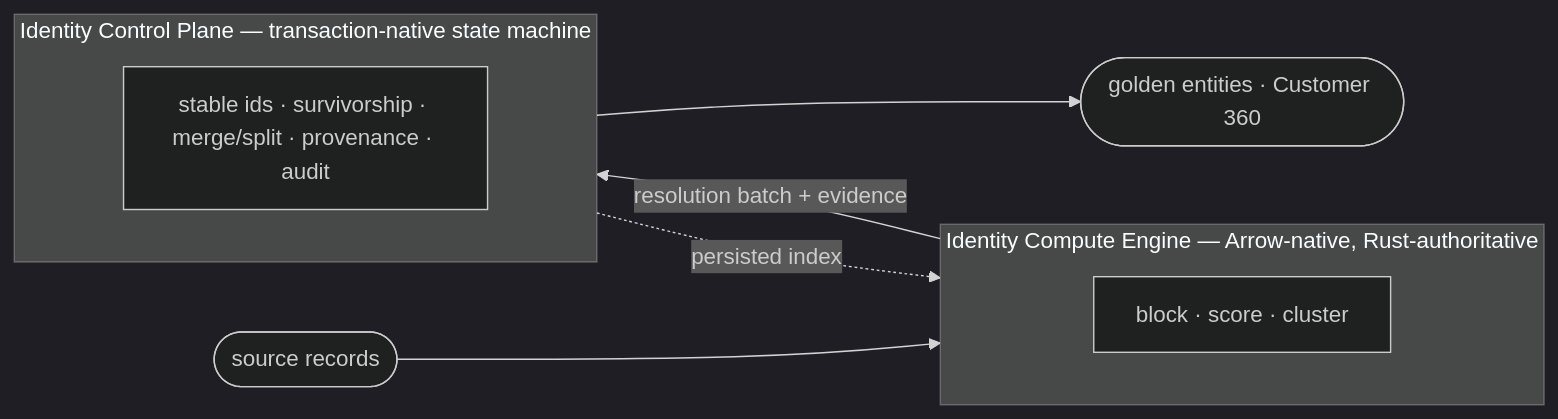
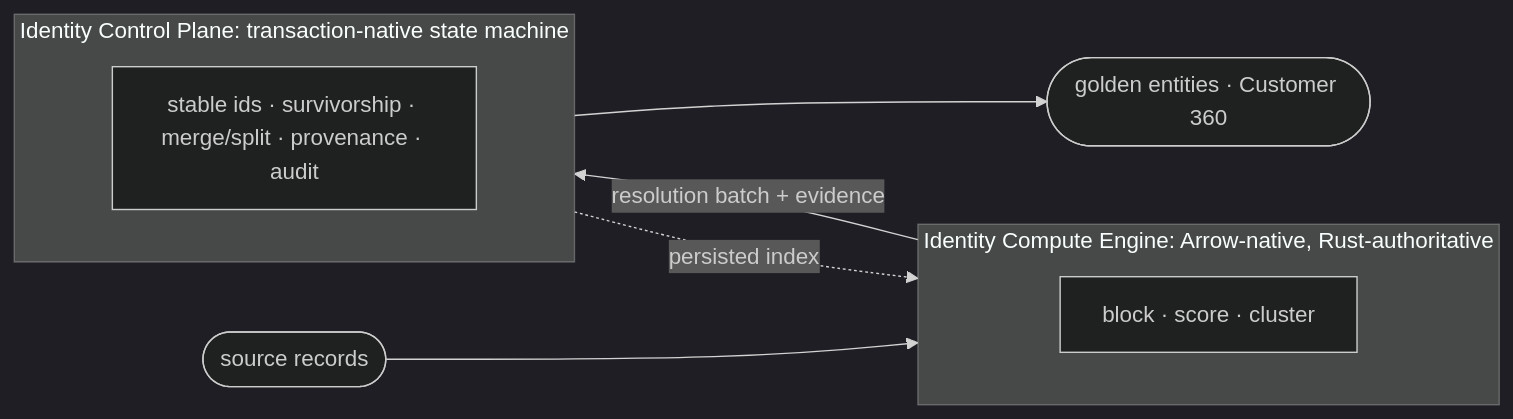
Before and after one commit to benseverndev-oss/goldenmatch: the first of 2 diagrams in README.md, drawn with Mermaid (dark theme). The commit also changed other lines of this file and 2 other files, not shown here.

````diff
--- a/README.md
+++ b/README.md
@@ -113,13 +113,13 @@
 ```mermaid
 flowchart LR
     src([source records])
     e360([golden entities · Customer 360])
-    subgraph compute ["Identity Compute Engine — Arrow-native, Rust-authoritative"]
+    subgraph compute ["Identity Compute Engine: Arrow-native, Rust-authoritative"]
         match[block · score · cluster]
     end
-    subgraph control ["Identity Control Plane — transaction-native state machine"]
+    subgraph control ["Identity Control Plane: transaction-native state machine"]
         spine[stable ids · survivorship · merge/split · provenance · audit]
     end
     src --> compute -->|resolution batch + evidence| control --> e360
     control -.->|persisted index| compute
 ```
````
